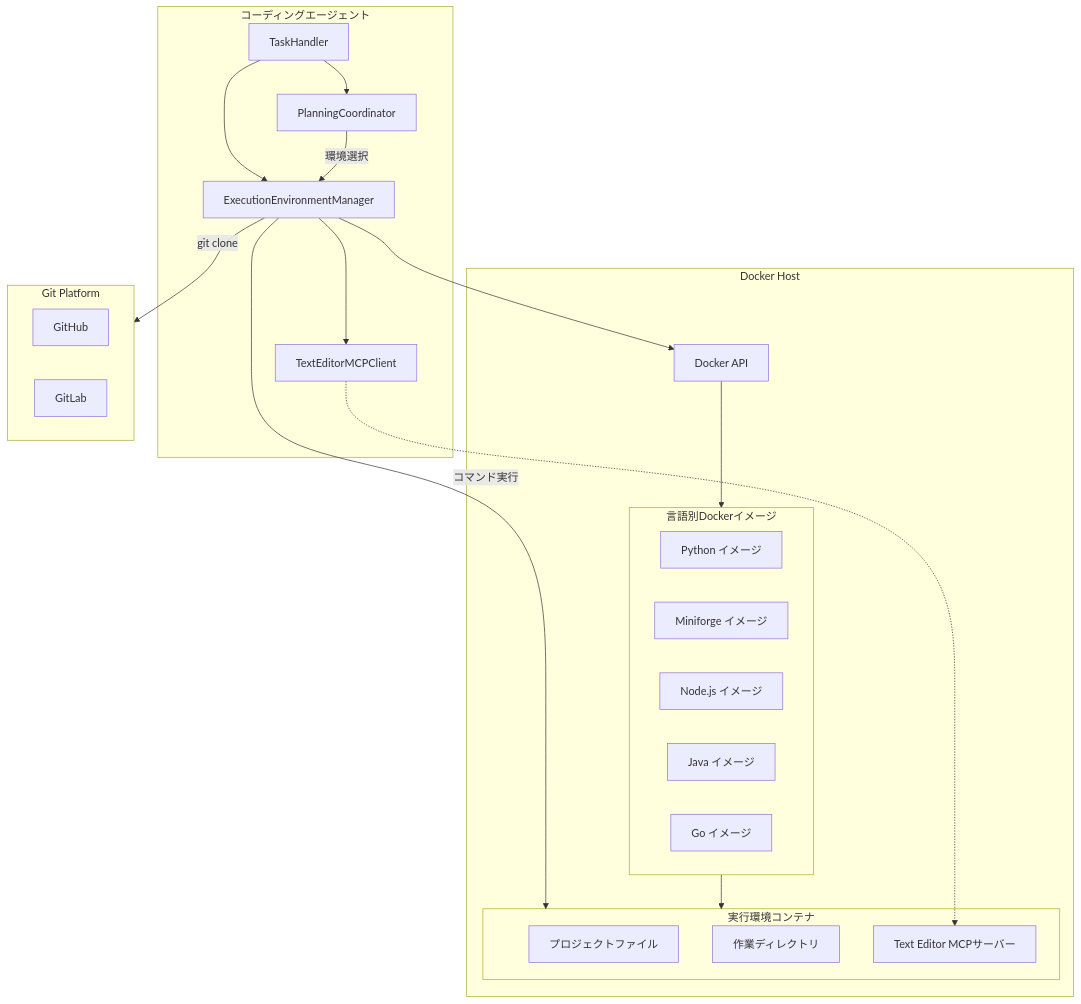
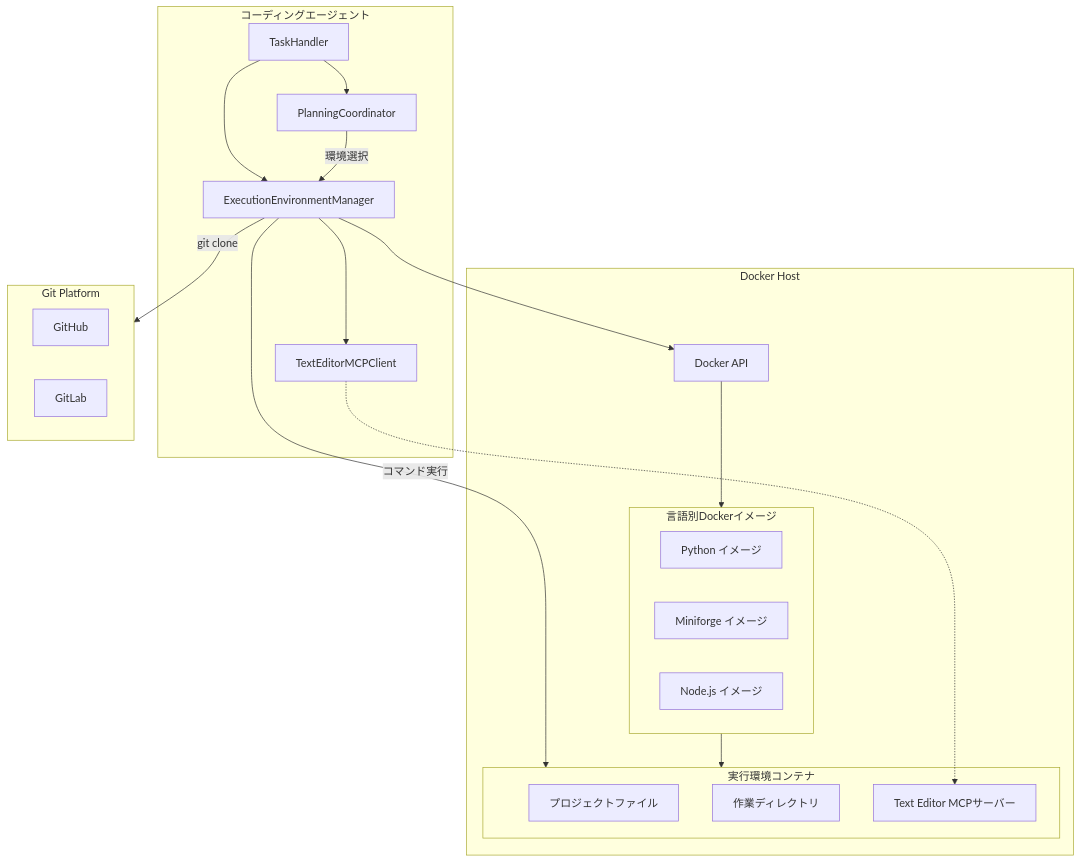
Before and after one commit to notfolder/coding_agent: the first of 11 diagrams in docs/spec/COMMAND_EXECUTOR_MCP_SPECIFICATION.md, drawn with Mermaid. The commit also changed other lines of this file and 16 other files, not shown here.

````diff
--- a/docs/spec/COMMAND_EXECUTOR_MCP_SPECIFICATION.md
+++ b/docs/spec/COMMAND_EXECUTOR_MCP_SPECIFICATION.md
@@ -51,41 +51,39 @@
 ```mermaid
 flowchart TD
     subgraph CodingAgent[コーディングエージェント]
         TaskHandler[TaskHandler]
         PlanningCoordinator[PlanningCoordinator]
         ExecManager[ExecutionEnvironmentManager]
         TextEditorClient[TextEditorMCPClient]
     end
     
     subgraph DockerHost[Docker Host]
         DockerAPI[Docker API]
         subgraph DockerImages[言語別Dockerイメージ]
             ImgPython[Python イメージ]
             ImgMiniforge[Miniforge イメージ]
             ImgNode[Node.js イメージ]
-            ImgJava[Java イメージ]
-            ImgGo[Go イメージ]
         end
         subgraph ExecutionContainer[実行環境コンテナ]
             ProjectFiles[プロジェクトファイル]
             WorkDir[作業ディレクトリ]
             TextEditorMCP[Text Editor MCPサーバー]
         end
     end
     
     subgraph GitPlatform[Git Platform]
         GitHub[GitHub]
         GitLab[GitLab]
     end
     
     TaskHandler --> PlanningCoordinator
     PlanningCoordinator -->|環境選択| ExecManager
     TaskHandler --> ExecManager
     ExecManager --> DockerAPI
     ExecManager --> TextEditorClient
     TextEditorClient -.-> TextEditorMCP
     DockerAPI --> DockerImages
     DockerImages --> ExecutionContainer
     ExecManager -->|git clone| GitPlatform
     ExecManager -->|コマンド実行| ExecutionContainer
 ```
````
